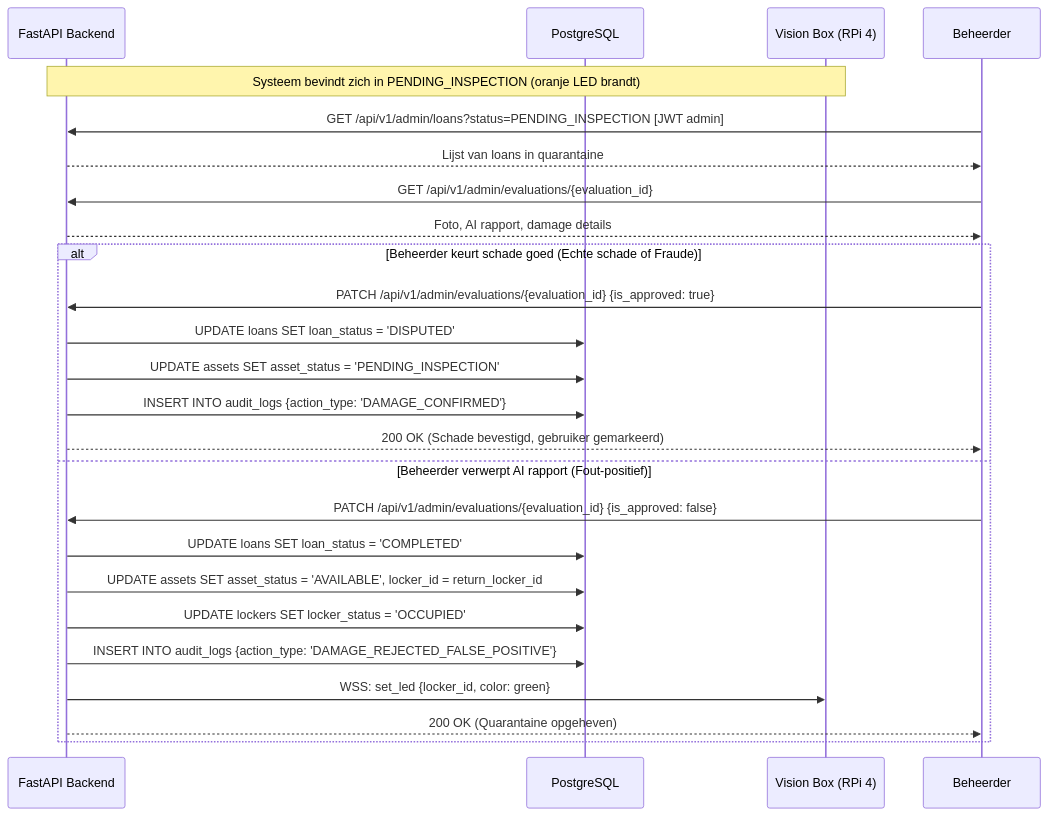
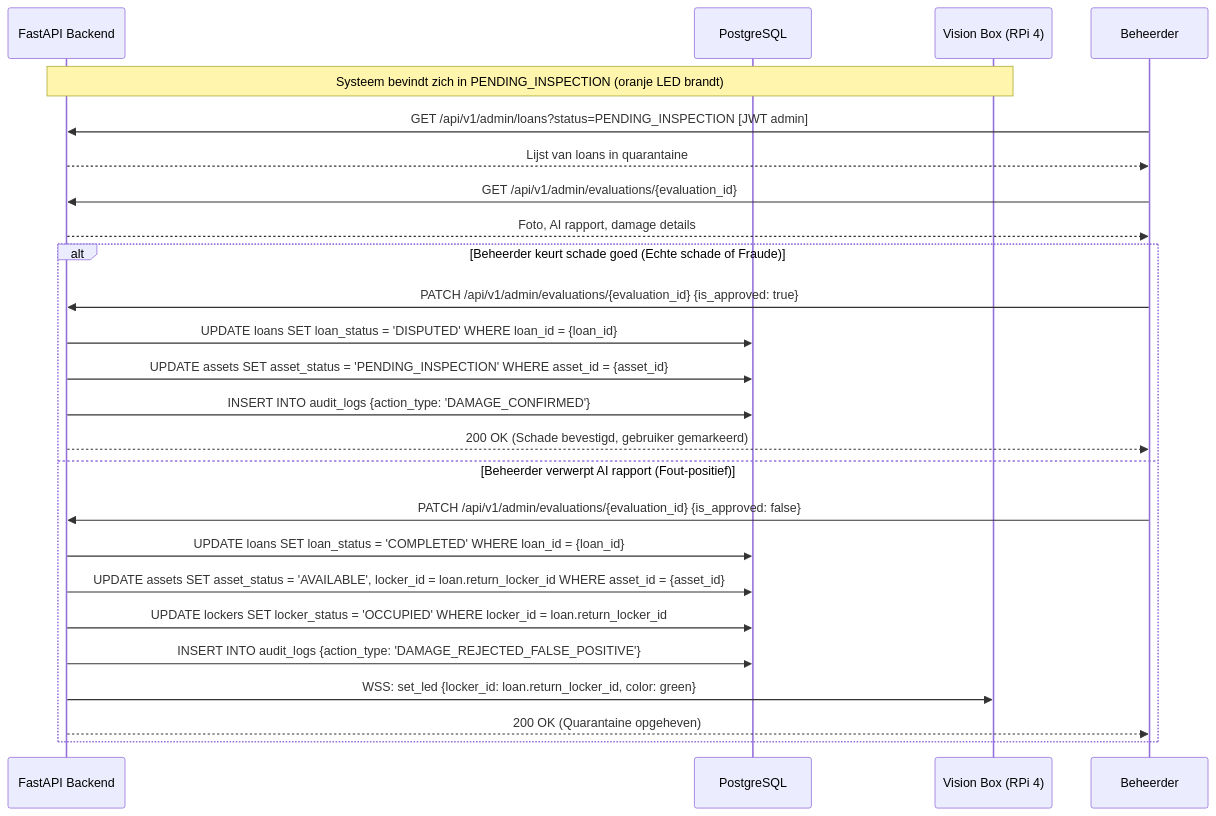
The diagram in docs/diagrams/sequence_quarantine.mmd (easylend-practice-enterprise/easylend), drawn with Mermaid before and after one commit.

Commit message:
Potential fix for pull request finding

```diff
--- a/docs/diagrams/sequence_quarantine.mmd
+++ b/docs/diagrams/sequence_quarantine.mmd
@@ -1,29 +1,29 @@
 sequenceDiagram
     participant API as FastAPI Backend
     participant DB as PostgreSQL
     participant VB as Vision Box (RPi 4)
     participant Admin as Beheerder
 
     Note over API,VB: Systeem bevindt zich in PENDING_INSPECTION (oranje LED brandt)
 
     Admin->>API: GET /api/v1/admin/loans?status=PENDING_INSPECTION [JWT admin]
     API-->>Admin: Lijst van loans in quarantaine
 
     Admin->>API: GET /api/v1/admin/evaluations/{evaluation_id}
     API-->>Admin: Foto, AI rapport, damage details
 
     alt Beheerder keurt schade goed (Echte schade of Fraude)
         Admin->>API: PATCH /api/v1/admin/evaluations/{evaluation_id} {is_approved: true}
-        API->>DB: UPDATE loans SET loan_status = 'DISPUTED'
-        API->>DB: UPDATE assets SET asset_status = 'PENDING_INSPECTION'
+        API->>DB: UPDATE loans SET loan_status = 'DISPUTED' WHERE loan_id = {loan_id}
+        API->>DB: UPDATE assets SET asset_status = 'PENDING_INSPECTION' WHERE asset_id = {asset_id}
         API->>DB: INSERT INTO audit_logs {action_type: 'DAMAGE_CONFIRMED'}
         API-->>Admin: 200 OK (Schade bevestigd, gebruiker gemarkeerd)
     else Beheerder verwerpt AI rapport (Fout-positief)
         Admin->>API: PATCH /api/v1/admin/evaluations/{evaluation_id} {is_approved: false}
-        API->>DB: UPDATE loans SET loan_status = 'COMPLETED'
-        API->>DB: UPDATE assets SET asset_status = 'AVAILABLE', locker_id = return_locker_id
-        API->>DB: UPDATE lockers SET locker_status = 'OCCUPIED'
+        API->>DB: UPDATE loans SET loan_status = 'COMPLETED' WHERE loan_id = {loan_id}
+        API->>DB: UPDATE assets SET asset_status = 'AVAILABLE', locker_id = loan.return_locker_id WHERE asset_id = {asset_id}
+        API->>DB: UPDATE lockers SET locker_status = 'OCCUPIED' WHERE locker_id = loan.return_locker_id
         API->>DB: INSERT INTO audit_logs {action_type: 'DAMAGE_REJECTED_FALSE_POSITIVE'}
-        API->>VB: WSS: set_led {locker_id, color: green}
+        API->>VB: WSS: set_led {locker_id: loan.return_locker_id, color: green}
         API-->>Admin: 200 OK (Quarantaine opgeheven)
     end
```
